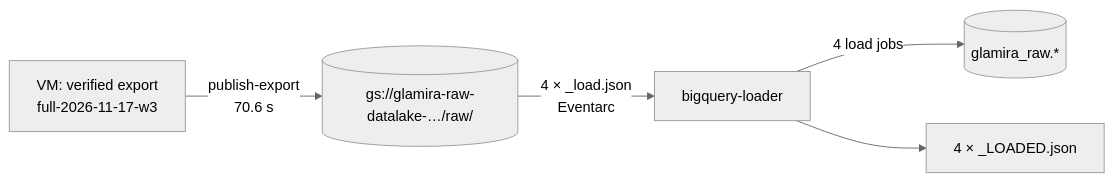
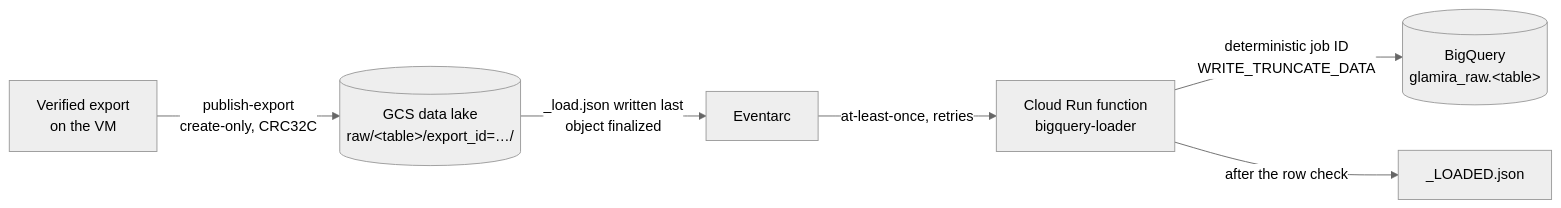
The diagram in docs/reports/bigquery_load.md (ducklemon596/ecommerce-clickstream-pipeline-gcp), drawn with Mermaid (neutral theme) before and after one commit. The commit also changed other lines of this file and 5 other files, not shown here.

````diff
--- a/docs/reports/bigquery_load.md
+++ b/docs/reports/bigquery_load.md
@@ -15,7 +30,8 @@
 ```mermaid
 flowchart LR
-    V[VM: verified export<br/>full-2026-11-17-w3] -->|publish-export<br/>70.6 s| G[(gs://glamira-raw-datalake-…/raw/)]
-    G -->|4 × _load.json<br/>Eventarc| F[bigquery-loader]
-    F -->|4 load jobs| B[(glamira_raw.*)]
-    F --> L[4 × _LOADED.json]
+    E[Verified export<br/>on the VM] -->|publish-export<br/>create-only, CRC32C| G[(GCS data lake<br/>raw/&lt;table&gt;/export_id=…/)]
+    G -->|_load.json written last<br/>object finalized| T[Eventarc]
+    T -->|at-least-once, retries| F[Cloud Run function<br/>bigquery-loader]
+    F -->|deterministic job ID<br/>WRITE_TRUNCATE_DATA| B[(BigQuery<br/>glamira_raw.&lt;table&gt;)]
+    F -->|after the row check| L[_LOADED.json]
 ```
````
